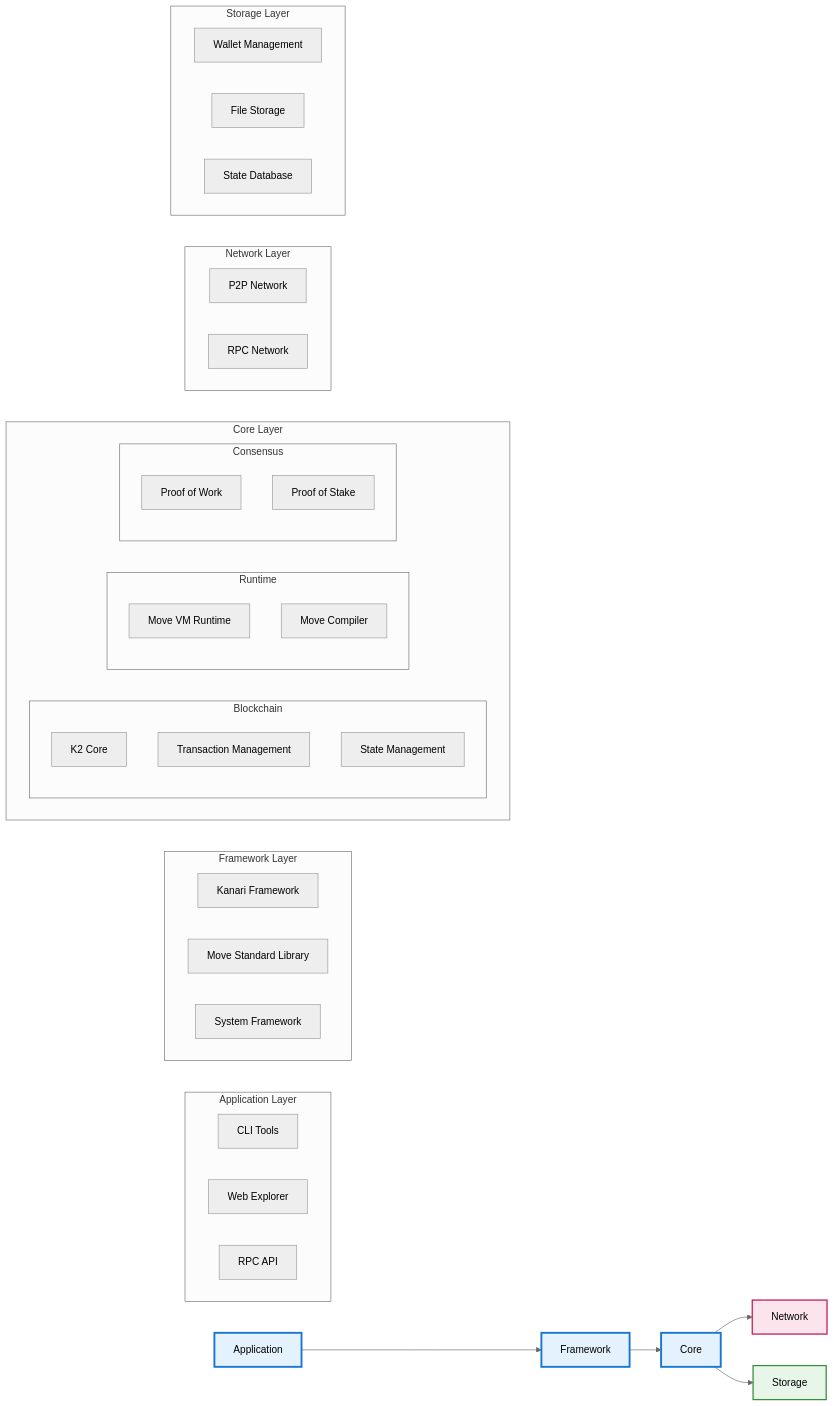
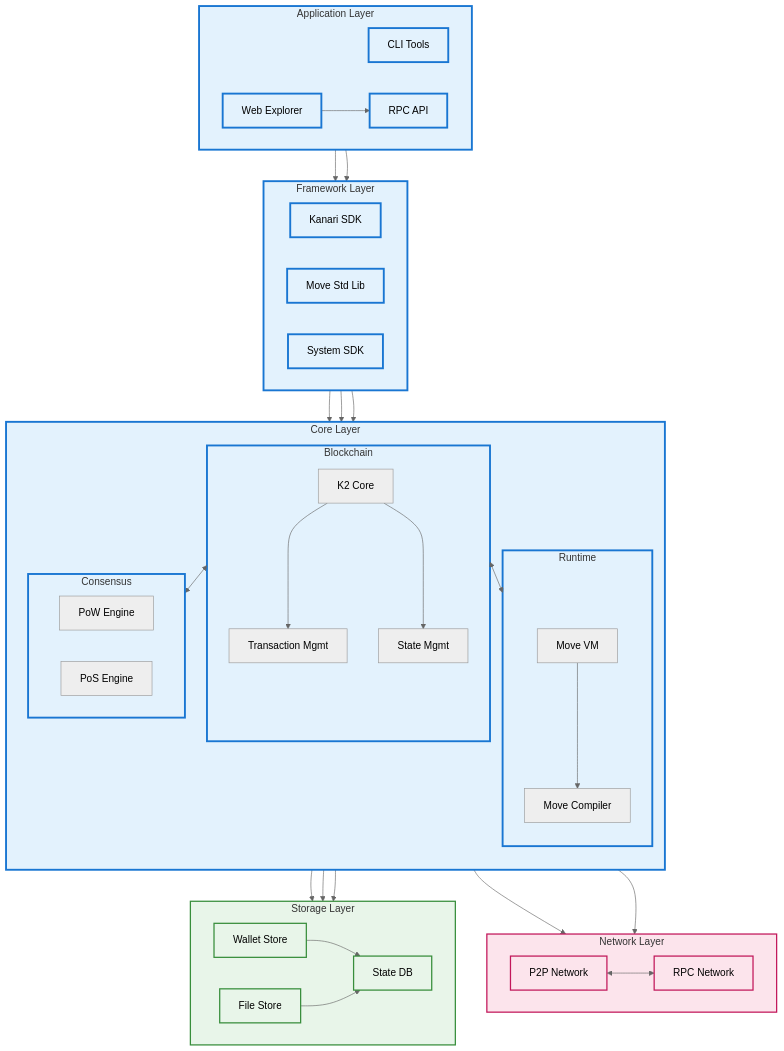
The diagram in README.md (kanari-network/kanari-sdk), drawn with Mermaid (neutral theme) before and after one commit.

Commit message:
Update architecture diagram in README.md for clarity and detail

````diff
--- a/README.md
+++ b/README.md
@@ -5,57 +5,88 @@
 ```mermaid
-flowchart LR
-    subgraph "Application Layer"
+flowchart TB
+    %% Application Layer
+    subgraph APP ["Application Layer"]
         direction LR
         CLI["CLI Tools"]
         Web["Web Explorer"]
         RPC["RPC API"]
     end
 
-    subgraph "Framework Layer"
+    %% Framework Layer
+    subgraph FW ["Framework Layer"]
         direction LR
-        Kanari["Kanari Framework"]
-        Std["Move Standard Library"]
-        Sys["System Framework"]
+        Kanari["Kanari SDK"]
+        Std["Move Std Lib"]
+        Sys["System SDK"]
     end
 
-    subgraph "Core Layer"
-        direction LR
-        subgraph Blockchain
+    %% Core Layer with detailed connections
+    subgraph CORE ["Core Layer"]
+        direction TB
+        subgraph BC ["Blockchain"]
             K2["K2 Core"]
-            TX["Transaction Management"]
-            State["State Management"]
+            TX["Transaction Mgmt"]
+            State["State Mgmt"]
+            K2 --> TX
+            K2 --> State
         end
-        subgraph Runtime
-            VM["Move VM Runtime"]
+        subgraph RT ["Runtime"]
+            VM["Move VM"]
             Compiler["Move Compiler"]
+            VM --> Compiler
         end
-        subgraph Consensus
-            PoW["Proof of Work"]
-            PoS["Proof of Stake"]
+        subgraph CON ["Consensus"]
+            PoW["PoW Engine"]
+            PoS["PoS Engine"]
         end
+        BC <--> RT
+        BC <--> CON
     end
 
-    subgraph "Network Layer"
+    %% Network Layer with P2P details
+    subgraph NET ["Network Layer"]
         direction LR
         P2P["P2P Network"]
         RPCNet["RPC Network"]
+        P2P <--> RPCNet
     end
 
-    subgraph "Storage Layer"
+    %% Storage Layer with connections
+    subgraph STORE ["Storage Layer"]
         direction LR
-        Wallet["Wallet Management"]
-        File["File Storage"]
-        DB["State Database"]
+        Wallet["Wallet Store"]
+        File["File Store"]
+        DB["State DB"]
+        Wallet --> DB
+        File --> DB
     end
 
-    Application --> Framework
-    Framework --> Core
-    Core --> Network
-    Core --> Storage
+    %% Inter-layer connections
+    CLI --> Kanari
+    Web --> RPC
+    RPC --> Kanari
+    
+    Kanari --> K2
+    Std --> VM
+    Sys --> State
 
-    style Application fill:#e3f2fd,stroke:#1976d2,stroke-width:3px
-    style Framework fill:#e3f2fd,stroke:#1976d2,stroke-width:3px
-    style Core fill:#e3f2fd,stroke:#1976d2,stroke-width:3px
-    style Network fill:#fce4ec,stroke:#c2185b,stroke-width:2px
-    style Storage fill:#e8f5e9,stroke:#388e3c,stroke-width:2px
+    K2 --> P2P
+    K2 --> RPCNet
+    
+    State --> DB
+    TX --> Wallet
+    VM --> File
+
+    %% Styling
+    classDef app fill:#e3f2fd,stroke:#1976d2,stroke-width:3px
+    classDef framework fill:#e3f2fd,stroke:#1976d2,stroke-width:3px
+    classDef core fill:#e3f2fd,stroke:#1976d2,stroke-width:3px
+    classDef network fill:#fce4ec,stroke:#c2185b,stroke-width:2px
+    classDef storage fill:#e8f5e9,stroke:#388e3c,stroke-width:2px
+
+    class APP,CLI,Web,RPC app
+    class FW,Kanari,Std,Sys framework
+    class CORE,BC,RT,CON core
+    class NET,P2P,RPCNet network
+    class STORE,Wallet,File,DB storage
 ```
````
